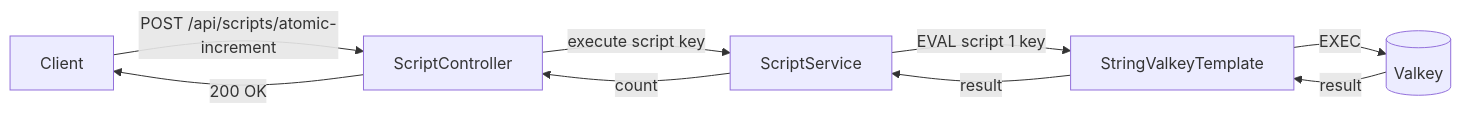
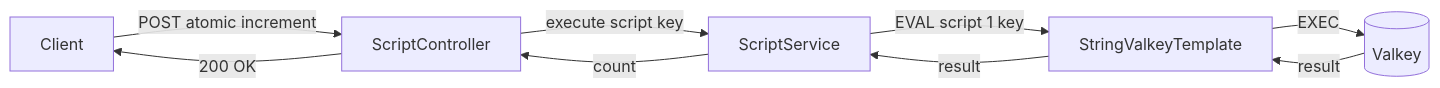
One commit to sawmikcuet19/valkey-springboot changed diagram 11 of 15 in README.md. Above: the diagram before and after it, drawn with Mermaid. The commit also changed other lines of this file, not shown here.

First line of the commit message:
fix: Mermaid flowcharts - escape curly braces in edge labels

````diff
--- a/README.md
+++ b/README.md
@@ -478,11 +478,11 @@
 ```mermaid
 flowchart LR
-    A[Client] -->|POST /api/scripts/atomic-increment| B[ScriptController]
+    A[Client] -->|POST atomic increment| B[ScriptController]
     B -->|execute script key| C[ScriptService]
     C -->|EVAL script 1 key| D[StringValkeyTemplate]
     D -->|EXEC| E[(Valkey)]
     E -->|result| D
     D -->|result| C
     C -->|count| B
     B -->|200 OK| A
 ```
````
